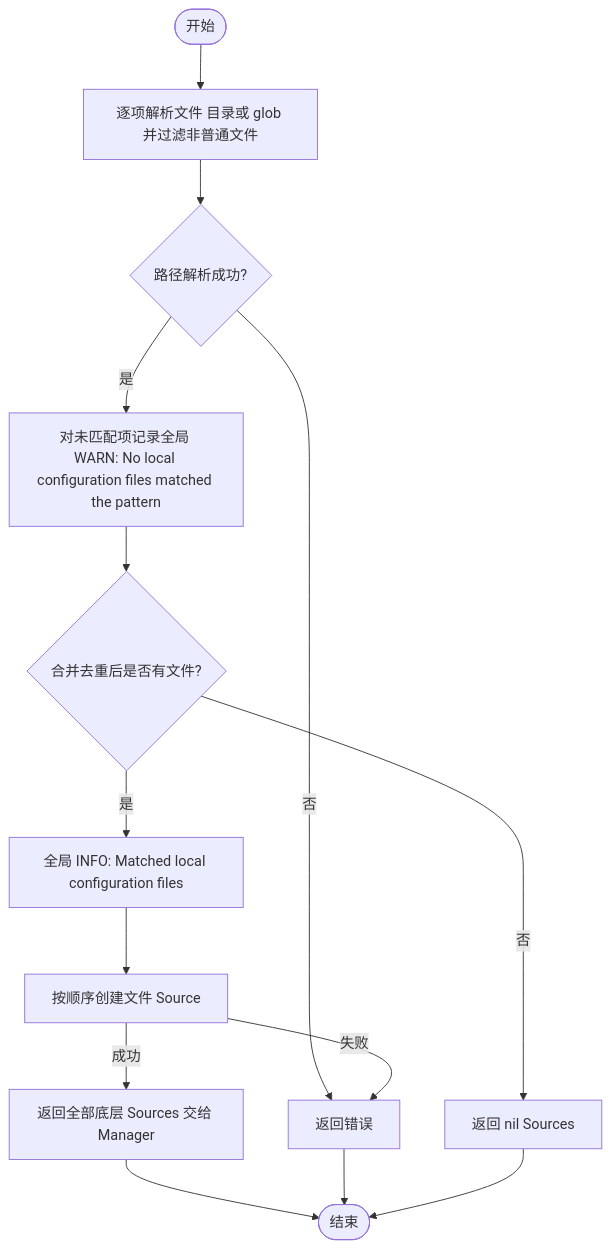
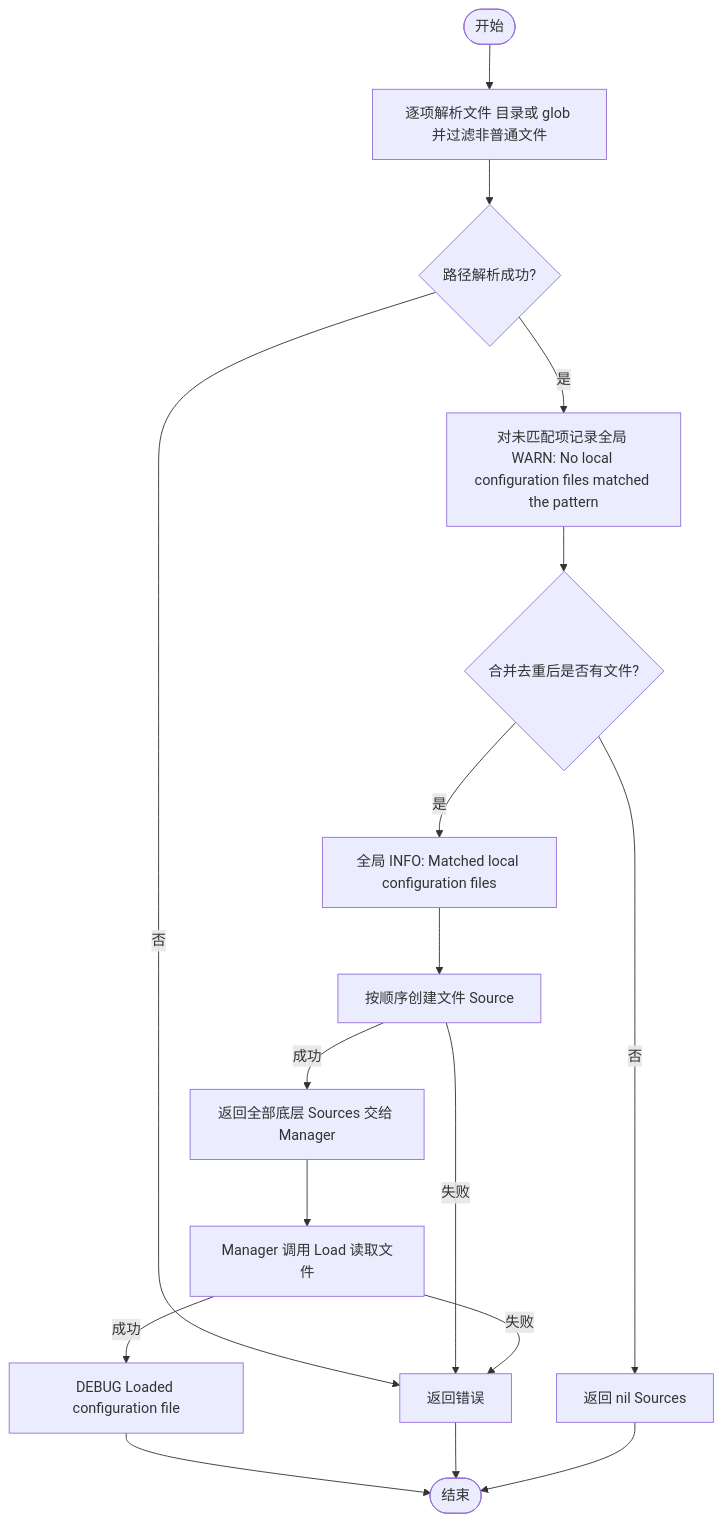
The second of 2 diagrams in contrib/config/file/README.md (jaggerzhuang1994/kratos-foundation), drawn with Mermaid before and after one commit. The commit also changed other lines of this file and 19 other files, not shown here.

````diff
--- a/contrib/config/file/README.md
+++ b/contrib/config/file/README.md
@@ -59,16 +62,19 @@
 ```mermaid
 flowchart TD
     A([开始]) --> B[逐项解析文件 目录或 glob 并过滤非普通文件]
     B --> C{路径解析成功?}
     C -- 否 --> D[返回错误]
     C -- 是 --> F[对未匹配项记录全局 WARN: No local configuration files matched the pattern]
     F --> E{合并去重后是否有文件?}
     E -- 否 --> G[返回 nil Sources]
     E -- 是 --> O[全局 INFO: Matched local configuration files]
     O --> H[按顺序创建文件 Source]
     H -- 成功 --> J[返回全部底层 Sources 交给 Manager]
     H -- 失败 --> D
-    J --> L([结束])
+    J --> R[Manager 调用 Load 读取文件]
+    R -- 成功 --> DL[DEBUG Loaded configuration file]
+    R -- 失败 --> D
+    DL --> L([结束])
     D --> L
     G --> L
 ```
````
